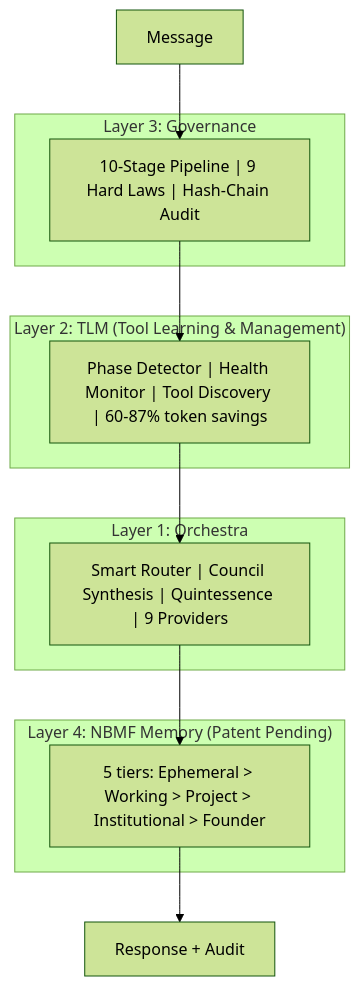
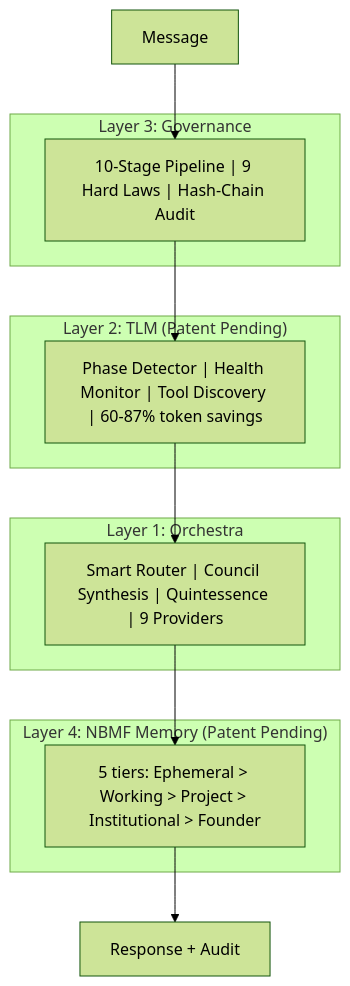
One commit to Mas-AI-Official/daena changed the diagram in README.md. Above: the diagram before and after it, drawn with Mermaid (forest theme). The commit also changed other lines of this file and 4 other files, not shown here.

````diff
--- a/README.md
+++ b/README.md
@@ -183,16 +380,16 @@
 ```mermaid
 graph TB
     subgraph "Layer 4: NBMF Memory (Patent Pending)"
         NBMF["5 tiers: Ephemeral > Working > Project > Institutional > Founder"]
     end
     subgraph "Layer 3: Governance"
         GOV["10-Stage Pipeline | 9 Hard Laws | Hash-Chain Audit"]
     end
-    subgraph "Layer 2: TLM (Tool Learning & Management)"
+    subgraph "Layer 2: TLM (Patent Pending)"
         TLM["Phase Detector | Health Monitor | Tool Discovery | 60-87% token savings"]
     end
     subgraph "Layer 1: Orchestra"
         ORCH["Smart Router | Council Synthesis | Quintessence | 9 Providers"]
     end
     USER["Message"] --> GOV --> TLM --> ORCH --> NBMF --> RESPONSE["Response + Audit"]
 ```
````
